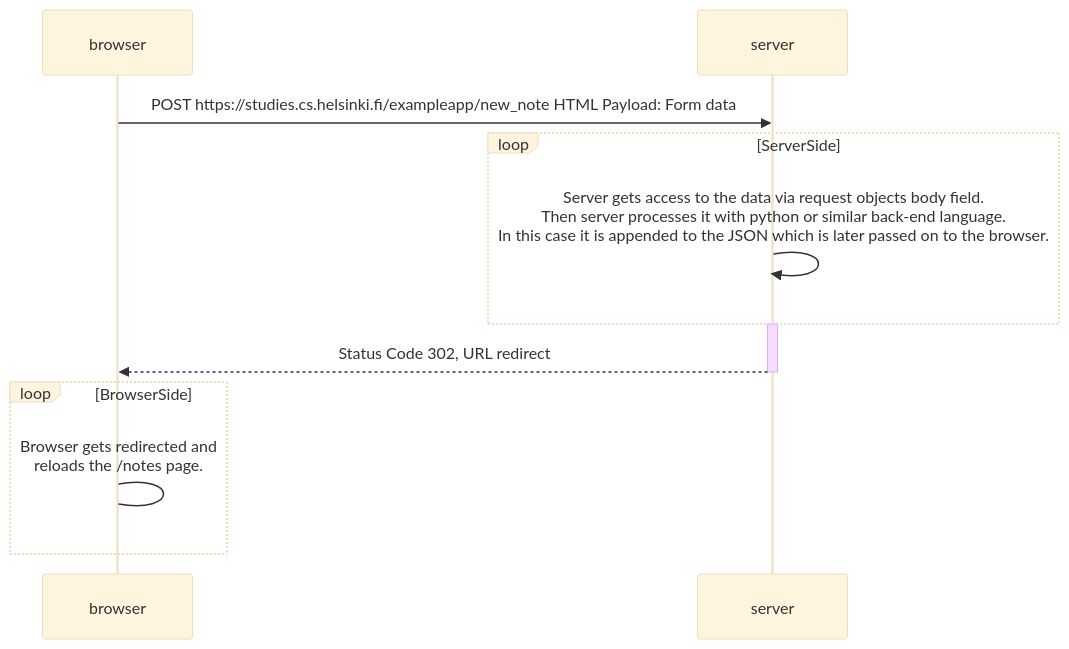
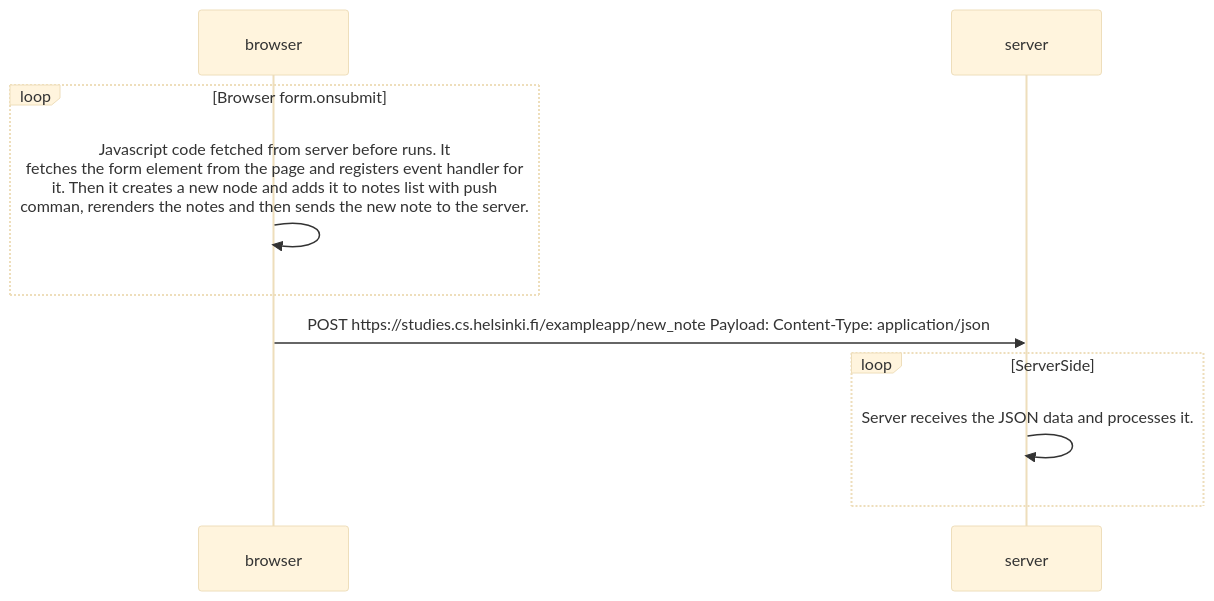
One commit to Gwasagir/fullstack_open changed the diagram in new_note_single_page_app_diagram.md. Above: the diagram before and after it, drawn with Mermaid (base theme). The commit also changed 1 other file, not shown here.

Commit message:
Should bbe done, checking

````diff
--- a/new_note_single_page_app_diagram.md
+++ b/new_note_single_page_app_diagram.md
@@ -4,18 +4,16 @@
 ```mermaid
 sequenceDiagram
 participant browser
 participant server
 
-browser->>server: POST https://studies.cs.helsinki.fi/exampleapp/new_note HTML Payload: Form data
+loop Browser form.onsubmit 
+    browser->>browser: Javascript code fetched from server before runs. It <br>fetches the form element from the page and registers event handler for <br>it. Then it creates a new node and adds it to notes list with push <br>comman, rerenders the notes and then sends the new note to the server.
+end
+browser->>server: POST https://studies.cs.helsinki.fi/exampleapp/new_note Payload: Content-Type: application/json
 loop ServerSide 
-    server->>server: Server gets access to the data via request objects body field. <br> Then server processes it with python or similar back-end language. <br> In this case it is appended to the JSON which is later passed on to the browser.
-end
-activate server
-server-->>browser: Status Code 302, URL redirect
-deactivate server
-loop BrowserSide
-    browser->browser: Browser gets redirected and <br> reloads the /notes page.
+    server->>server: Server receives the JSON data and processes it.
 end
 
 
+
 ```
````
